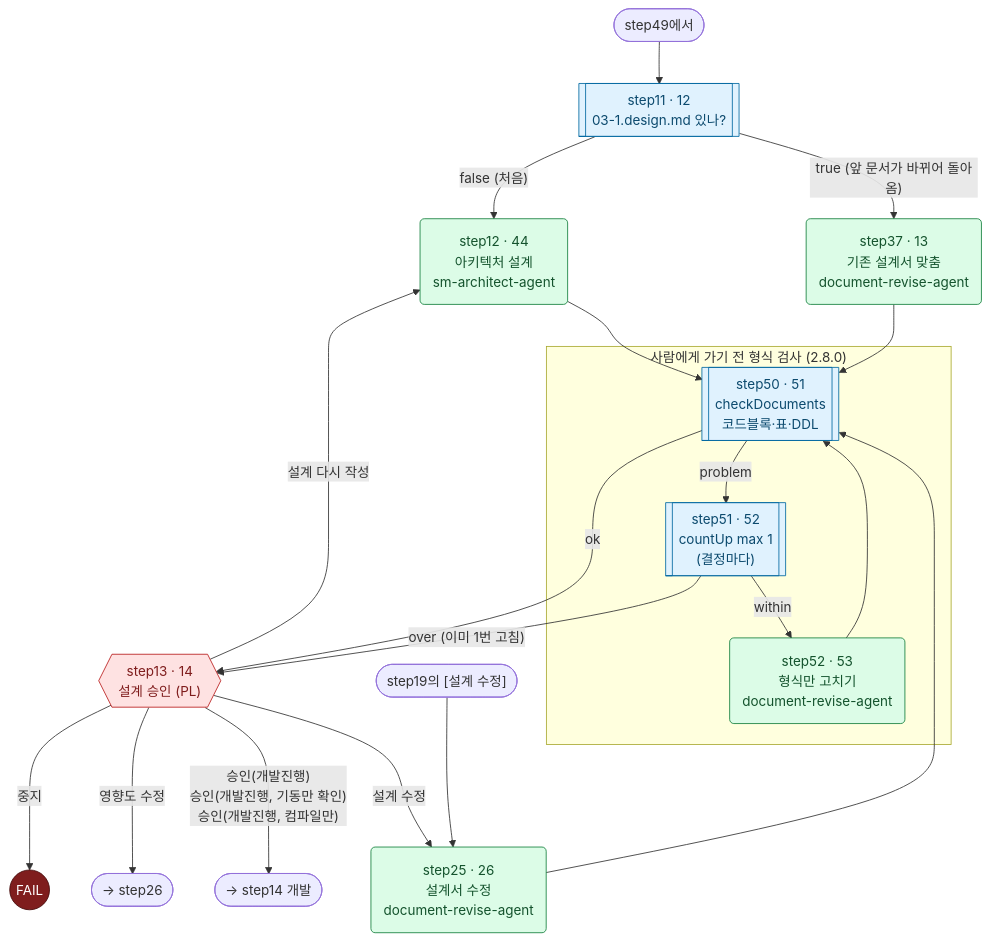
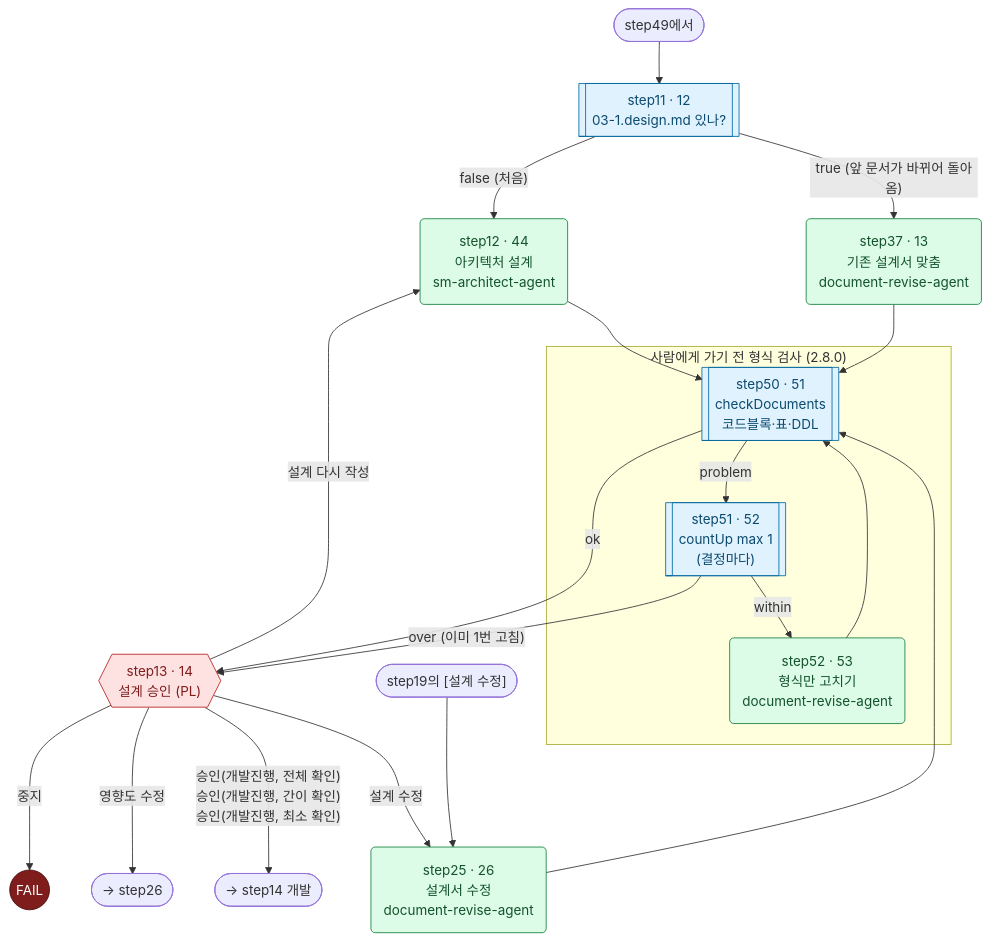
The tenth of 25 diagrams in docs/09.dstone-ai-engine-sm-workflow.md (YongSoekChoeng/dstone), drawn with Mermaid before and after one commit. The commit also changed other lines of this file and 13 other files, not shown here.

````diff
--- a/docs/09.dstone-ai-engine-sm-workflow.md
+++ b/docs/09.dstone-ai-engine-sm-workflow.md
@@ -766,32 +766,32 @@
 ```mermaid
 flowchart TD
     IN(["step49에서"]) --> step11[["step11 · 12<br/>03-1.design.md 있나?"]]:::route
     step11 -->|"false (처음)"| step12("step12 · 44<br/>아키텍처 설계<br/>sm-architect-agent"):::agent
     step11 -->|"true (앞 문서가 바뀌어 돌아옴)"| step37("step37 · 13<br/>기존 설계서 맞춤<br/>document-revise-agent"):::agent
     step12 --> step50
     step37 --> step50
     step25("step25 · 26<br/>설계서 수정<br/>document-revise-agent"):::agent --> step50
 
     subgraph CHK["사람에게 가기 전 형식 검사 (2.8.0)"]
         step50[["step50 · 51<br/>checkDocuments<br/>코드블록·표·DDL"]]:::route
         step51[["step51 · 52<br/>countUp max 1<br/>(결정마다)"]]:::route
         step52("step52 · 53<br/>형식만 고치기<br/>document-revise-agent"):::agent
         step50 -->|problem| step51
         step51 -->|within| step52
         step52 --> step50
     end
 
     step50 -->|ok| step13{{"step13 · 14<br/>설계 승인 (PL)"}}:::appr
     step51 -->|"over (이미 1번 고침)"| step13
-    step13 -->|"승인(개발진행)<br/>승인(개발진행, 기동만 확인)<br/>승인(개발진행, 컴파일만)"| DEV(["→ step14 개발"])
+    step13 -->|"승인(개발진행, 전체 확인)<br/>승인(개발진행, 간이 확인)<br/>승인(개발진행, 최소 확인)"| DEV(["→ step14 개발"])
     step13 -->|설계 수정| step25
     step13 -->|설계 다시 작성| step12
     step13 -->|영향도 수정| IMP(["→ step26"])
     step13 -->|중지| FAIL((FAIL)):::bad
     FROM(["step19의 [설계 수정]"]) --> step25
 
     classDef route fill:#e0f2fe,stroke:#0369a1,color:#0c4a6e
     classDef agent fill:#dcfce7,stroke:#15803d,color:#14532d
     classDef appr fill:#fee2e2,stroke:#b91c1c,color:#7f1d1d
     classDef bad fill:#7f1d1d,stroke:#450a0a,color:#ffffff
 ```
````
